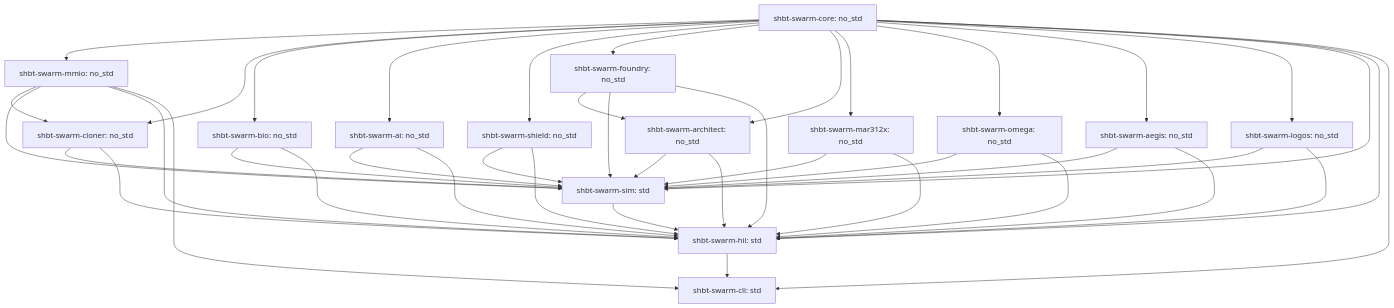
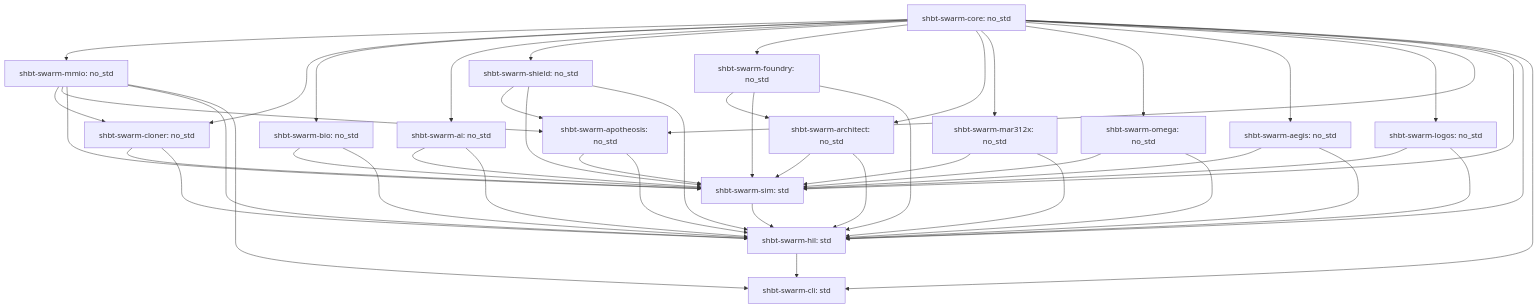
One commit to sys1own/shbt-swarm changed the diagram in ARCHITECTURE.md. Above: the diagram before and after it, drawn with Mermaid. The commit also changed other lines of this file and 27 other files, not shown here.

````diff
--- a/ARCHITECTURE.md
+++ b/ARCHITECTURE.md
@@ -11,44 +11,49 @@
 ```mermaid
 graph TD
     A[shbt-swarm-core: no_std] --> B[shbt-swarm-mmio: no_std]
     A --> C[shbt-swarm-cloner: no_std]
     B --> C
     A --> D[shbt-swarm-bio: no_std]
     A --> E[shbt-swarm-ai: no_std]
     A --> F[shbt-swarm-shield: no_std]
     A --> G[shbt-swarm-foundry: no_std]
     A --> H[shbt-swarm-architect: no_std]
     G --> H
     A --> I[shbt-swarm-mar312x: no_std]
     A --> OM[shbt-swarm-omega: no_std]
     A --> AG[shbt-swarm-aegis: no_std]
     A --> LO[shbt-swarm-logos: no_std]
+    A --> AP[shbt-swarm-apotheosis: no_std]
+    B --> AP
+    F --> AP
     A --> J[shbt-swarm-sim: std]
     B --> J
     C --> J
     D --> J
     E --> J
     F --> J
     G --> J
     H --> J
     I --> J
     OM --> J
     AG --> J
     LO --> J
+    AP --> J
     A --> K[shbt-swarm-hil: std]
     B --> K
     C --> K
     D --> K
     E --> K
     F --> K
     G --> K
     H --> K
     I --> K
     OM --> K
     AG --> K
     LO --> K
+    AP --> K
     J --> K
     A --> L[shbt-swarm-cli: std]
     B --> L
     K --> L
 ```
````
